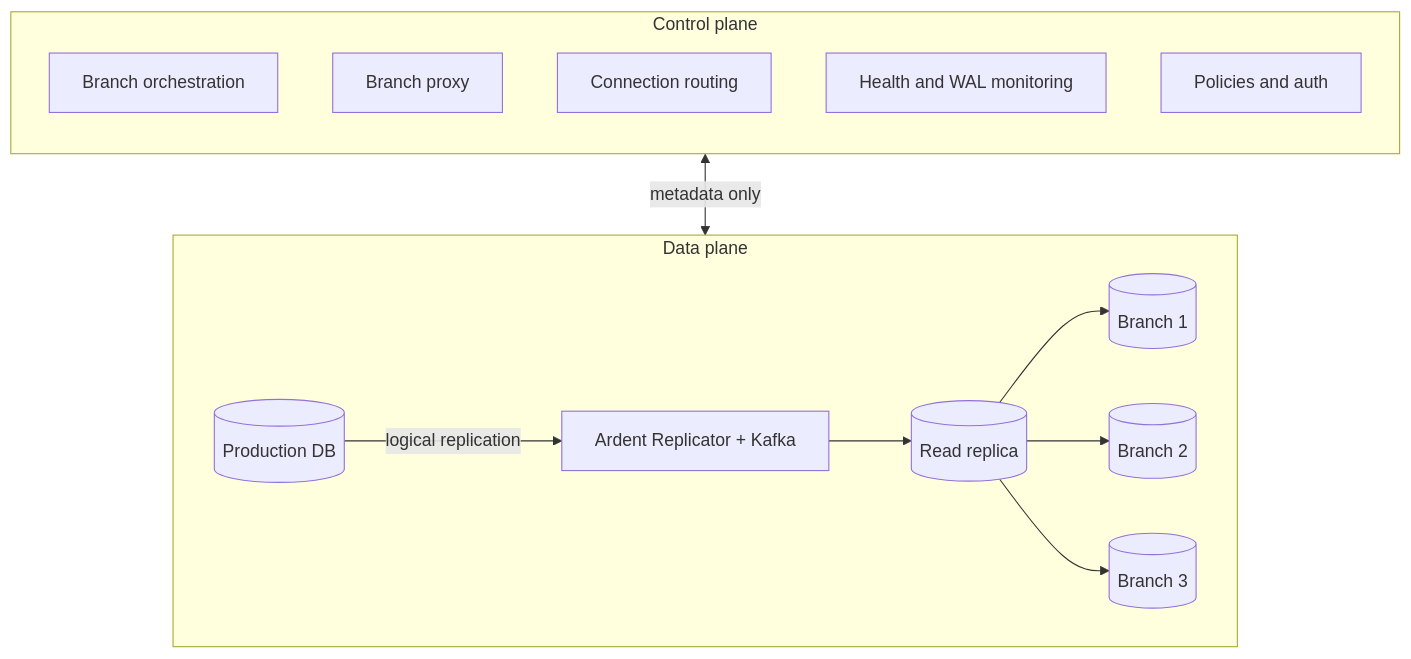
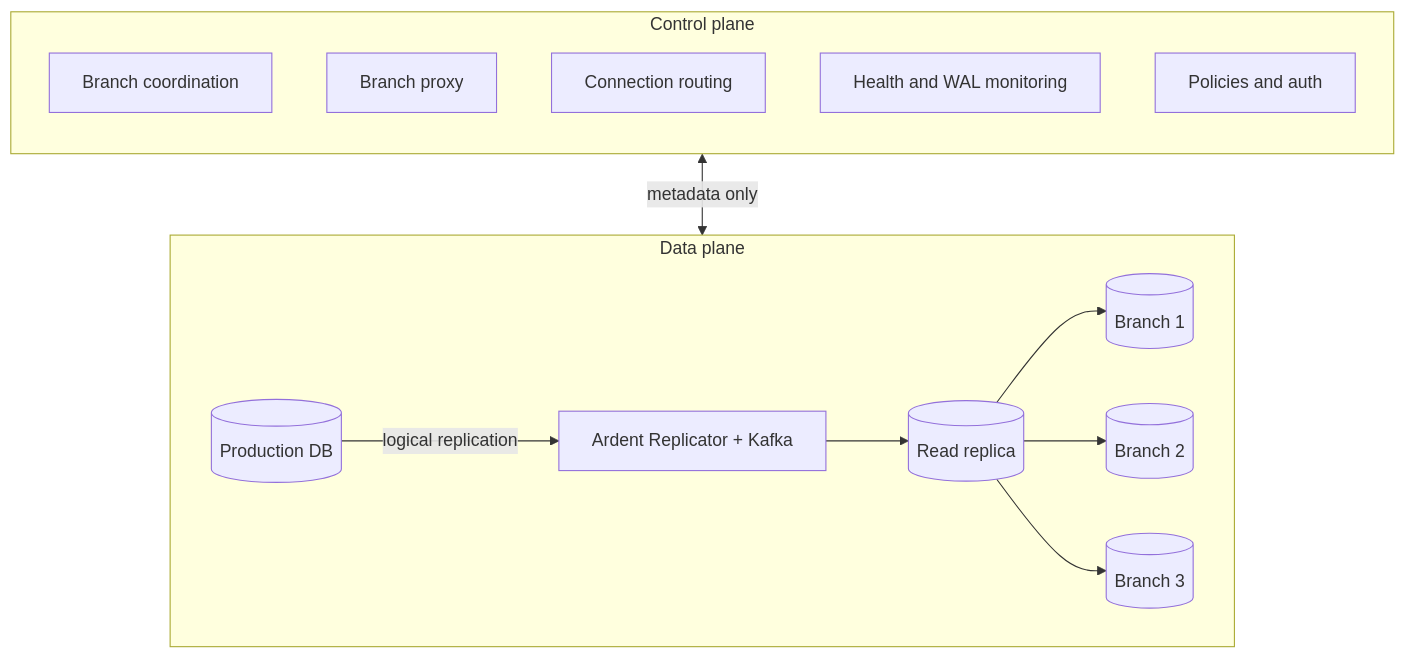
One commit to ArdentAILabs/docs changed the diagram in architecture.mdx. Above: the diagram before and after it, drawn with Mermaid. The commit also changed other lines of this file and 58 other files, not shown here.

````diff
--- a/architecture.mdx
+++ b/architecture.mdx
@@ -15,21 +15,21 @@
 ```mermaid actions={false}
 %%{init: {'themeCSS': ".cluster > rect { min-width: 42rem; }"}}%%
 flowchart TB
     subgraph CP["Control plane"]
         direction TB
-        ORCH["Branch orchestration"]
+        ORCH["Branch coordination"]
         PRXY["Branch proxy"]
         ROUTE["Connection routing"]
         HEALTH["Health and WAL monitoring"]
         POL["Policies and auth"]
     end
     subgraph DP["Data plane"]
         direction LR
         PROD[("Production DB")] -->|logical replication| AR["Ardent Replicator + Kafka"]
         AR --> REP[("Read replica")]
         REP --> B1[("Branch 1")]
         REP --> B2[("Branch 2")]
         REP --> B3[("Branch 3")]
     end
     CP <-->|metadata only| DP
 ```
````
